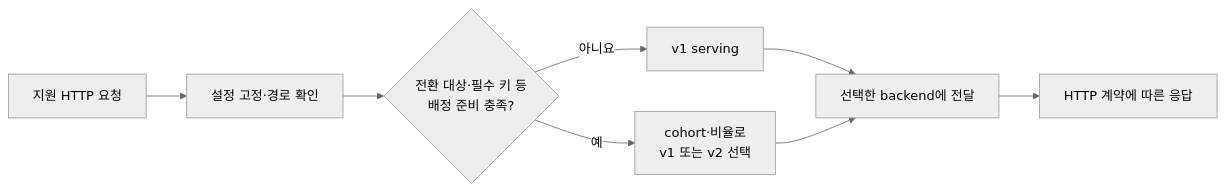
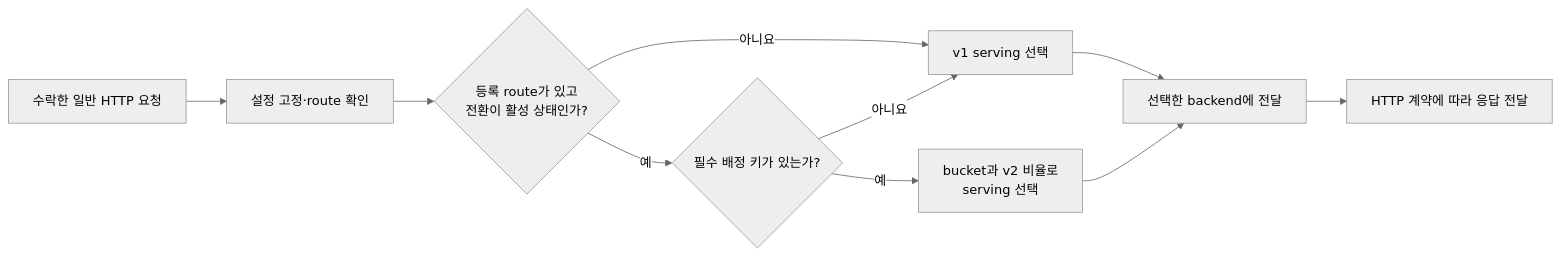
Before and after one commit to kimchanhyung98/api-migration-proxy: the diagram in docs/routing/README.md, drawn with Mermaid (neutral theme). The commit also changed other lines of this file and 18 other files, not shown here.

````diff
--- a/docs/routing/README.md
+++ b/docs/routing/README.md
@@ -7,10 +19,12 @@
 ```mermaid
 flowchart LR
-    A["지원 HTTP 요청"] --> B["설정 고정·경로 확인"]
-    B --> C{"전환 대상·필수 키 등<br/>배정 준비 충족?"}
-    C -- "아니요" --> D["v1 serving"]
-    C -- "예" --> E["cohort·비율로<br/>v1 또는 v2 선택"]
-    D --> F["선택한 backend에 전달"]
-    E --> F
-    F --> G["HTTP 계약에 따른 응답"]
+    A["수락한 일반 HTTP 요청"] --> B["설정 고정·route 확인"]
+    B --> C{"등록 route가 있고<br/>전환이 활성 상태인가?"}
+    C -- "아니요" --> D["v1 serving 선택"]
+    C -- "예" --> E{"필수 배정 키가 있는가?"}
+    E -- "아니요" --> D
+    E -- "예" --> F["bucket과 v2 비율로<br/>serving 선택"]
+    D --> G["선택한 backend에 전달"]
+    F --> G
+    G --> H["HTTP 계약에 따라 응답 전달"]
 ```
````
